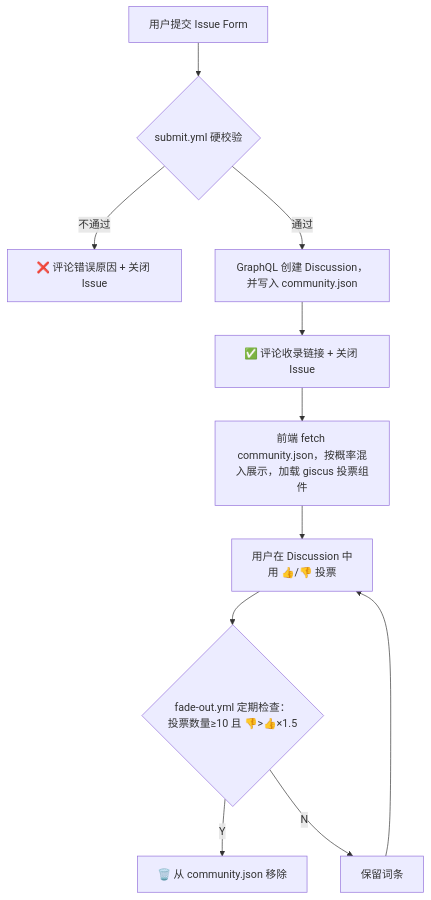
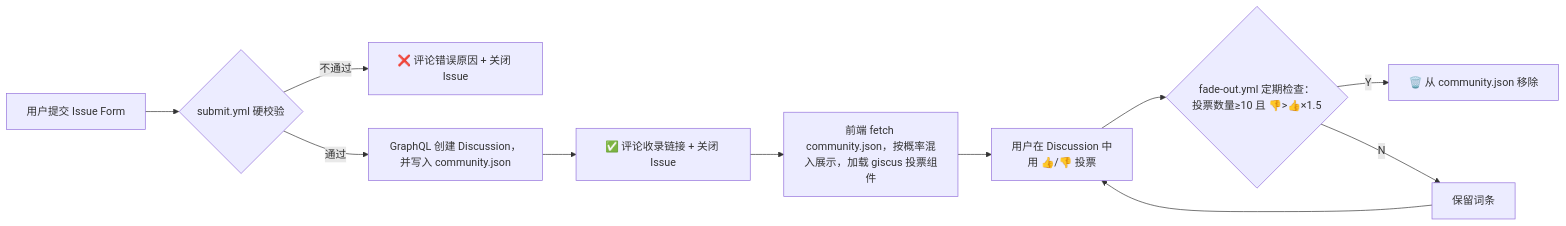
One commit to Yiipu/reply-words changed the diagram in README.md. Above: the diagram before and after it, drawn with Mermaid.

Commit message:
chore: mermaid 改为横向显示

````diff
--- a/README.md
+++ b/README.md
@@ -9,13 +9,13 @@
 ```mermaid
-flowchart TD
+flowchart LR
     A[用户提交 Issue Form] --> B{submit.yml 硬校验}
     B -->|不通过| C[❌ 评论错误原因 + 关闭 Issue]
     B -->|通过| D[GraphQL 创建 Discussion，并写入 community.json]
     D --> E[✅ 评论收录链接 + 关闭 Issue]
     E --> F[前端 fetch community.json，按概率混入展示，加载 giscus 投票组件]
     F --> G[用户在 Discussion 中\n用 👍/👎 投票]
     G --> H{fade-out.yml 定期检查：\n 投票数量≥10 且 👎>👍×1.5 }
     H -->|Y| L[🗑️ 从 community.json 移除]
     H -->|N| M[保留词条]
     M --> G
 ```
````
